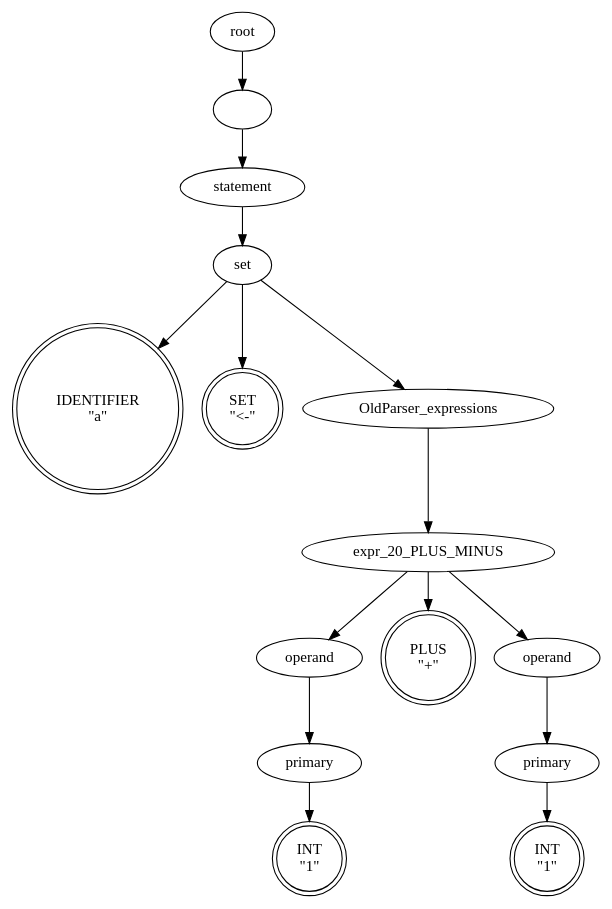
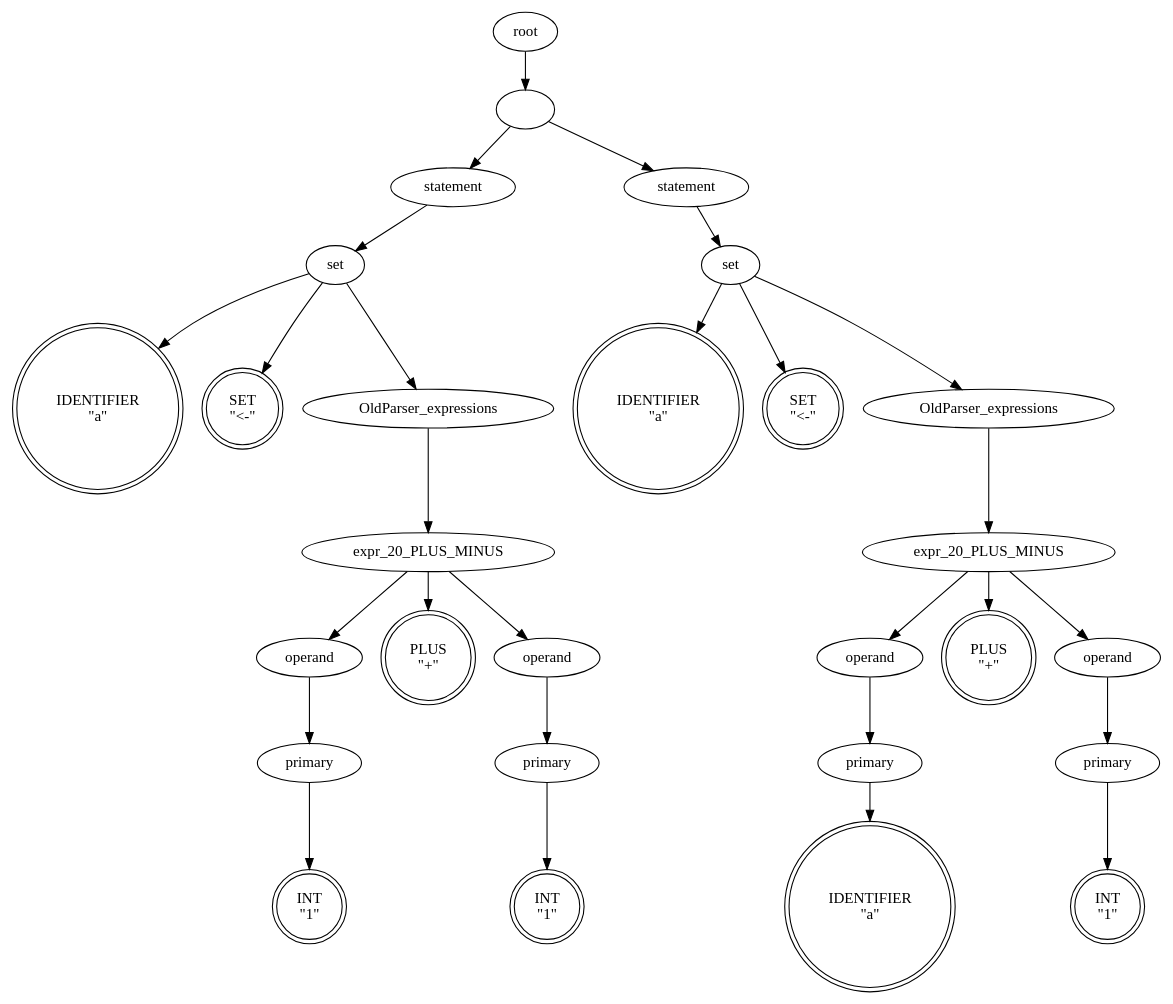
Before and after one commit to lijiajunply/Old8Lang: the diagram in Old8Lang/Ex/tree_By_init.dot, drawn with Graphviz. The commit also changed 62 other files, not shown here.

```diff
--- a/Old8Lang/Ex/tree_By_init.dot
+++ b/Old8Lang/Ex/tree_By_init.dot
@@ -1,46 +1,85 @@
 digraph syntaxtree {
 0 [  label="IDENTIFIER
 \"a\"" shape=doublecircle height=0.50]
 1 [  label="SET
 \"<-\"" shape=doublecircle height=0.50]
 2 [  label="INT
 \"1\"" shape=doublecircle height=0.50]
 3 [  label="primary" shape=ellipse fontcolor=black height=0.50]
 3 [  label="primary" shape=ellipse fontcolor=black height=0.50]
 4 [  label="operand" shape=ellipse fontcolor=black height=0.50]
 4 [  label="operand" shape=ellipse fontcolor=black height=0.50]
 5 [  label="PLUS
 \"+\"" shape=doublecircle height=0.50]
 6 [  label="INT
 \"1\"" shape=doublecircle height=0.50]
 7 [  label="primary" shape=ellipse fontcolor=black height=0.50]
 7 [  label="primary" shape=ellipse fontcolor=black height=0.50]
 8 [  label="operand" shape=ellipse fontcolor=black height=0.50]
 8 [  label="operand" shape=ellipse fontcolor=black height=0.50]
 9 [  label="expr_20_PLUS_MINUS" shape=ellipse fontcolor=black height=0.50]
 9 [  label="expr_20_PLUS_MINUS" shape=ellipse fontcolor=black height=0.50]
 10 [  label="OldParser_expressions" shape=ellipse fontcolor=black height=0.50]
 10 [  label="OldParser_expressions" shape=ellipse fontcolor=black height=0.50]
 11 [  label="set" shape=ellipse fontcolor=black height=0.50]
 11 [  label="set" shape=ellipse fontcolor=black height=0.50]
 12 [  label="statement" shape=ellipse fontcolor=black height=0.50]
 12 [  label="statement" shape=ellipse fontcolor=black height=0.50]
-13 [  label="" shape=ellipse fontcolor=black height=0.50]
-13 [  label="" shape=ellipse fontcolor=black height=0.50]
-14 [  label="root" shape=ellipse fontcolor=black height=0.50]
-14 [  label="root" shape=ellipse fontcolor=black height=0.50]
+13 [  label="IDENTIFIER
+\"a\"" shape=doublecircle height=0.50]
+14 [  label="SET
+\"<-\"" shape=doublecircle height=0.50]
+15 [  label="IDENTIFIER
+\"a\"" shape=doublecircle height=0.50]
+16 [  label="primary" shape=ellipse fontcolor=black height=0.50]
+16 [  label="primary" shape=ellipse fontcolor=black height=0.50]
+17 [  label="operand" shape=ellipse fontcolor=black height=0.50]
+17 [  label="operand" shape=ellipse fontcolor=black height=0.50]
+18 [  label="PLUS
+\"+\"" shape=doublecircle height=0.50]
+19 [  label="INT
+\"1\"" shape=doublecircle height=0.50]
+20 [  label="primary" shape=ellipse fontcolor=black height=0.50]
+20 [  label="primary" shape=ellipse fontcolor=black height=0.50]
+21 [  label="operand" shape=ellipse fontcolor=black height=0.50]
+21 [  label="operand" shape=ellipse fontcolor=black height=0.50]
+22 [  label="expr_20_PLUS_MINUS" shape=ellipse fontcolor=black height=0.50]
+22 [  label="expr_20_PLUS_MINUS" shape=ellipse fontcolor=black height=0.50]
+23 [  label="OldParser_expressions" shape=ellipse fontcolor=black height=0.50]
+23 [  label="OldParser_expressions" shape=ellipse fontcolor=black height=0.50]
+24 [  label="set" shape=ellipse fontcolor=black height=0.50]
+24 [  label="set" shape=ellipse fontcolor=black height=0.50]
+25 [  label="statement" shape=ellipse fontcolor=black height=0.50]
+25 [  label="statement" shape=ellipse fontcolor=black height=0.50]
+26 [  label="" shape=ellipse fontcolor=black height=0.50]
+26 [  label="" shape=ellipse fontcolor=black height=0.50]
+27 [  label="root" shape=ellipse fontcolor=black height=0.50]
+27 [  label="root" shape=ellipse fontcolor=black height=0.50]
 3->2 [  arrowshape=none];
 4->3 [  arrowshape=none];
 7->6 [  arrowshape=none];
 8->7 [  arrowshape=none];
 9->4 [  arrowshape=none];
 9->5 [  arrowshape=none];
 9->8 [  arrowshape=none];
 10->9 [  arrowshape=none];
 11->0 [  arrowshape=none];
 11->1 [  arrowshape=none];
 11->10 [  arrowshape=none];
 12->11 [  arrowshape=none];
-13->12 [  arrowshape=none];
-14->13 [  arrowshape=none];
+16->15 [  arrowshape=none];
+17->16 [  arrowshape=none];
+20->19 [  arrowshape=none];
+21->20 [  arrowshape=none];
+22->17 [  arrowshape=none];
+22->18 [  arrowshape=none];
+22->21 [  arrowshape=none];
+23->22 [  arrowshape=none];
+24->13 [  arrowshape=none];
+24->14 [  arrowshape=none];
+24->23 [  arrowshape=none];
+25->24 [  arrowshape=none];
+26->12 [  arrowshape=none];
+26->25 [  arrowshape=none];
+27->26 [  arrowshape=none];
 }
```
